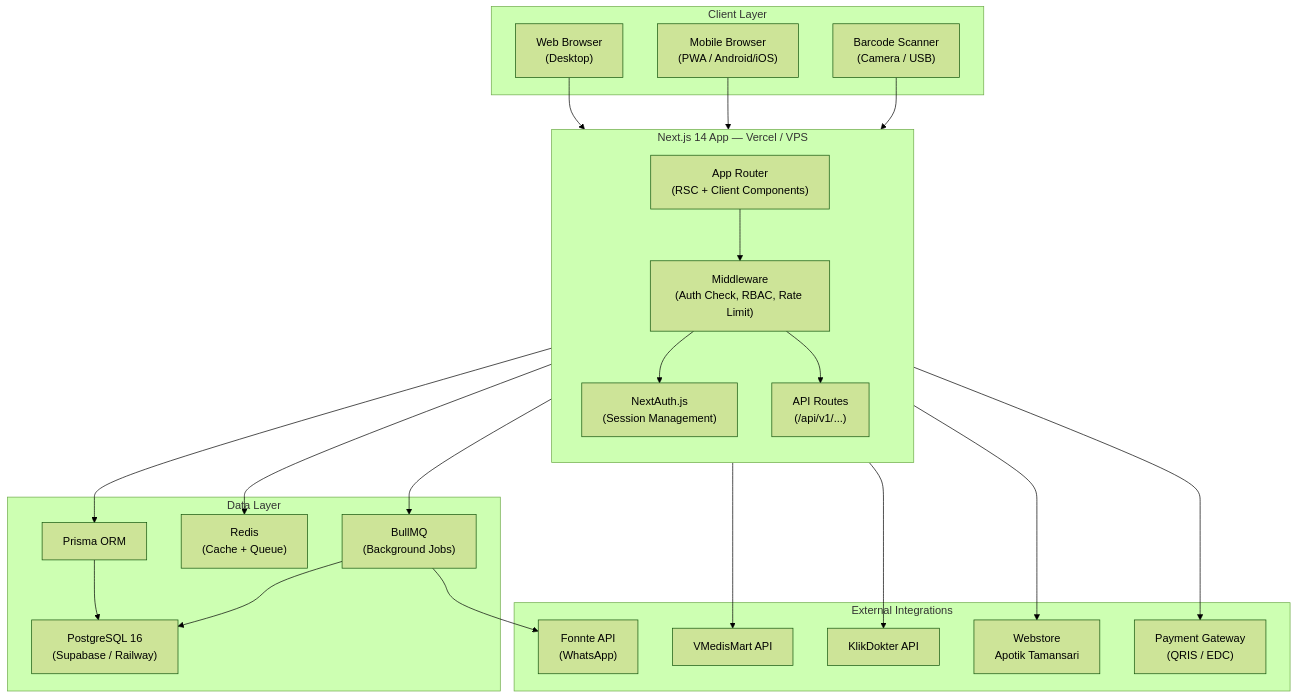
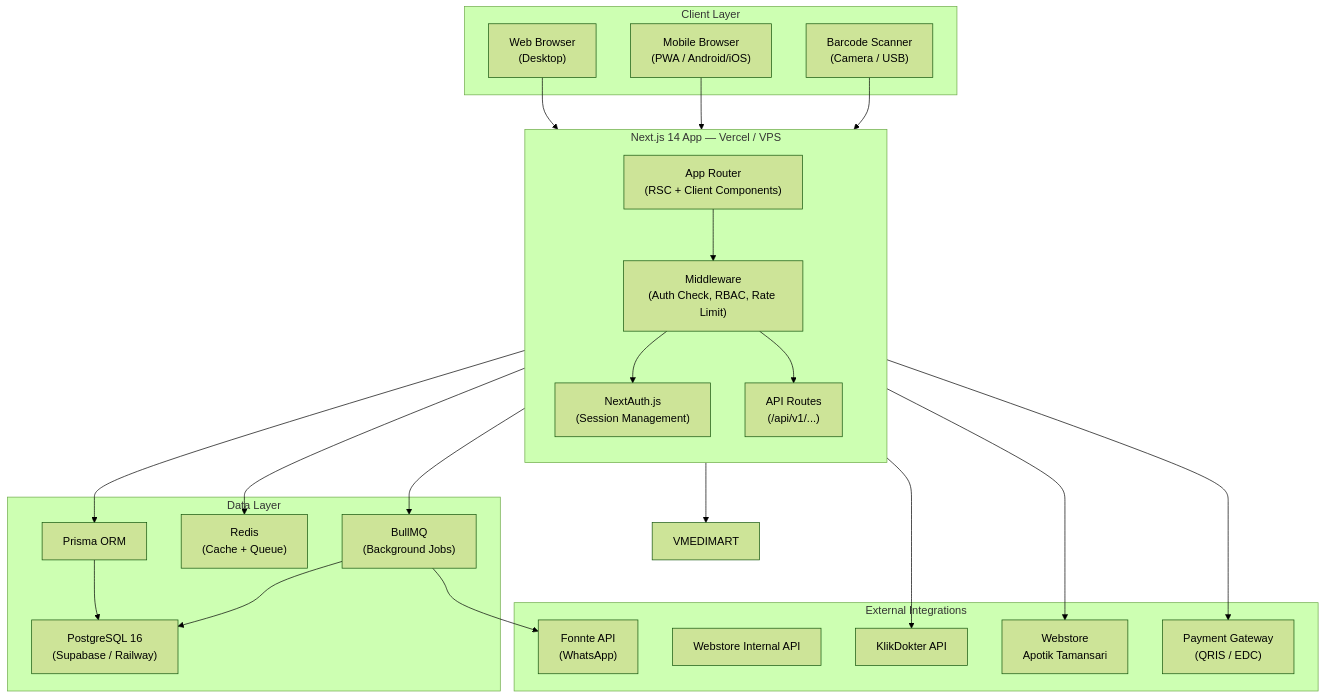
One commit to AsrulIchsan/gigins-business-centre changed the first of 10 diagrams in ARCHITECTURE.md. Above: the diagram before and after it, drawn with Mermaid (forest theme). The commit also changed other lines of this file and 19 other files, not shown here.

````diff
--- a/ARCHITECTURE.md
+++ b/ARCHITECTURE.md
@@ -138,48 +138,48 @@
 ```mermaid
 flowchart TD
     subgraph Clients["Client Layer"]
         WEB["Web Browser\n(Desktop)"]
         MOBILE["Mobile Browser\n(PWA / Android/iOS)"]
         SCANNER["Barcode Scanner\n(Camera / USB)"]
     end
 
     subgraph NextJS["Next.js 14 App — Vercel / VPS"]
         direction TB
         APPROUTER["App Router\n(RSC + Client Components)"]
         APIROUTES["API Routes\n(/api/v1/...)"]
         MIDDLEWARE["Middleware\n(Auth Check, RBAC, Rate Limit)"]
         NEXTAUTH["NextAuth.js\n(Session Management)"]
     end
 
     subgraph DataLayer["Data Layer"]
         PRISMA["Prisma ORM"]
         POSTGRES["PostgreSQL 16\n(Supabase / Railway)"]
         REDIS["Redis\n(Cache + Queue)"]
         BULLMQ["BullMQ\n(Background Jobs)"]
     end
 
     subgraph Integrations["External Integrations"]
         FONNTE["Fonnte API\n(WhatsApp)"]
-        VMEDIMART["VMedisMart API"]
+        WEBSTORE_API["Webstore Internal API"]
         KLIKDOKTER["KlikDokter API"]
         WEBSTORE["Webstore\nApotik Tamansari"]
         PAYMENT["Payment Gateway\n(QRIS / EDC)"]
     end
 
     WEB --> APPROUTER
     MOBILE --> APPROUTER
     SCANNER --> APPROUTER
     APPROUTER --> MIDDLEWARE
     MIDDLEWARE --> NEXTAUTH
     MIDDLEWARE --> APIROUTES
     APIROUTES --> PRISMA
     PRISMA --> POSTGRES
     APIROUTES --> REDIS
     BULLMQ --> FONNTE
     BULLMQ --> POSTGRES
     APIROUTES --> BULLMQ
     APIROUTES --> VMEDIMART
     APIROUTES --> KLIKDOKTER
     APIROUTES --> WEBSTORE
     APIROUTES --> PAYMENT
 ```
````
